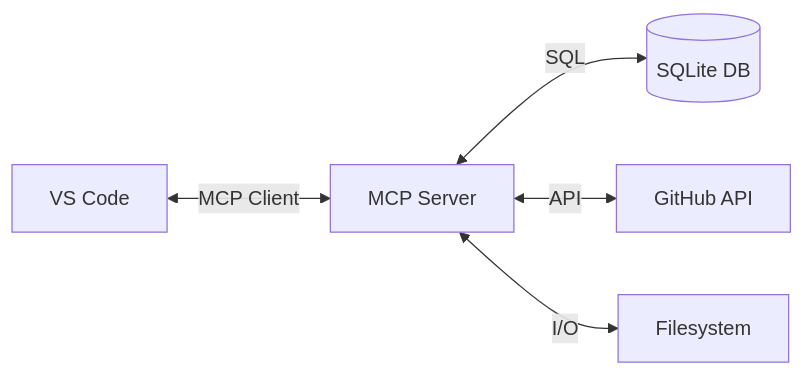
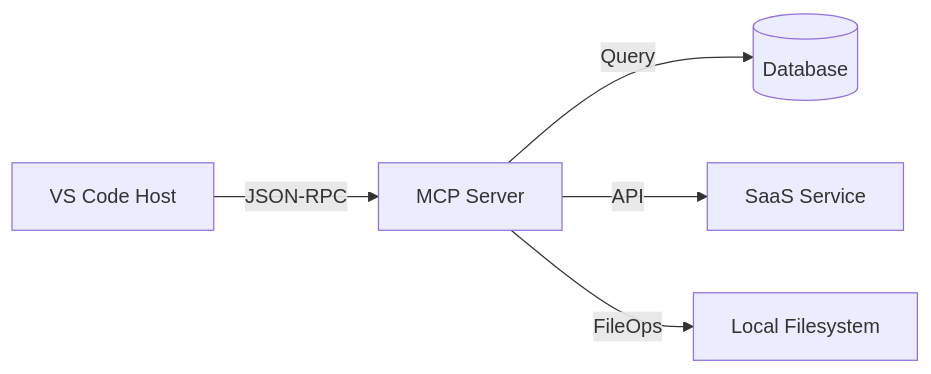
Before and after one commit to gaoshanj/github-copilot-workshop-2026: the sixth of 9 diagrams in presentation/slides.md, drawn with Mermaid. The commit also changed other lines of this file and 4 other files, not shown here.

````diff
--- a/presentation/slides.md
+++ b/presentation/slides.md
@@ -486,7 +433,7 @@
 ```mermaid
 graph LR
-    VSCode[VS Code] <-->|MCP Client| MCPServer[MCP Server]
-    MCPServer <-->|SQL| SQLite[(SQLite DB)]
-    MCPServer <-->|API| GitHub[GitHub API]
-    MCPServer <-->|I/O| Files[Filesystem]
+    VSCode[VS Code Host] -- JSON-RPC --> MCPServer[MCP Server]
+    MCPServer -- Query --> Database[(Database)]
+    MCPServer -- API --> SaaS[SaaS Service]
+    MCPServer -- FileOps --> FS[Local Filesystem]
 ```
````
